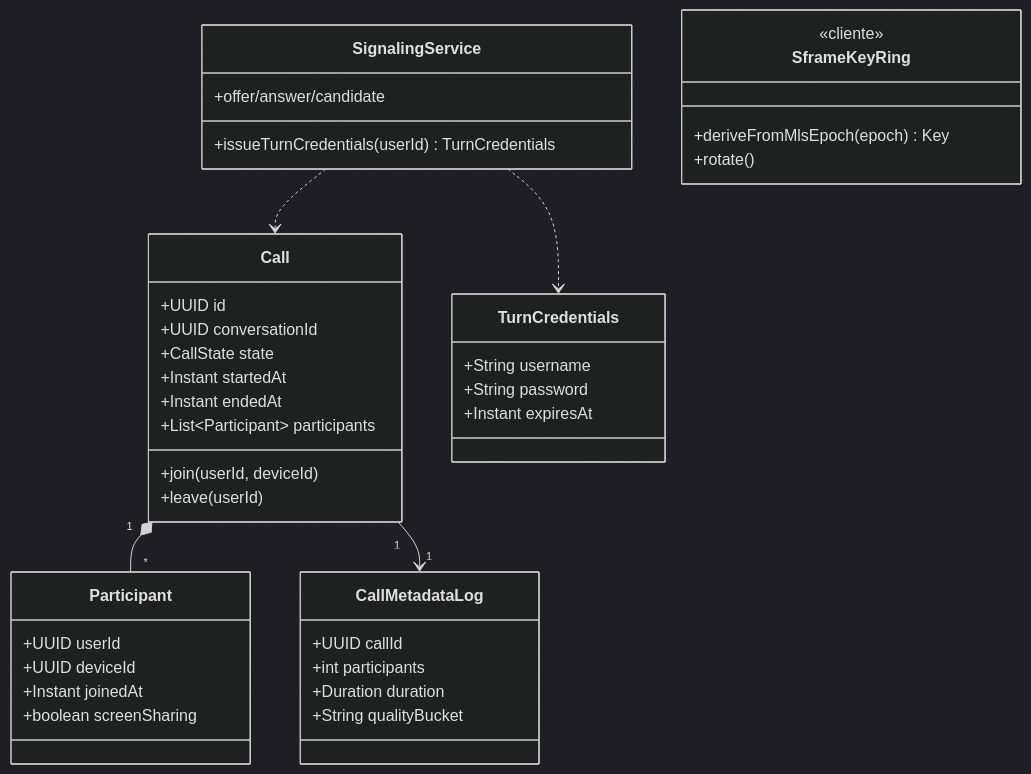
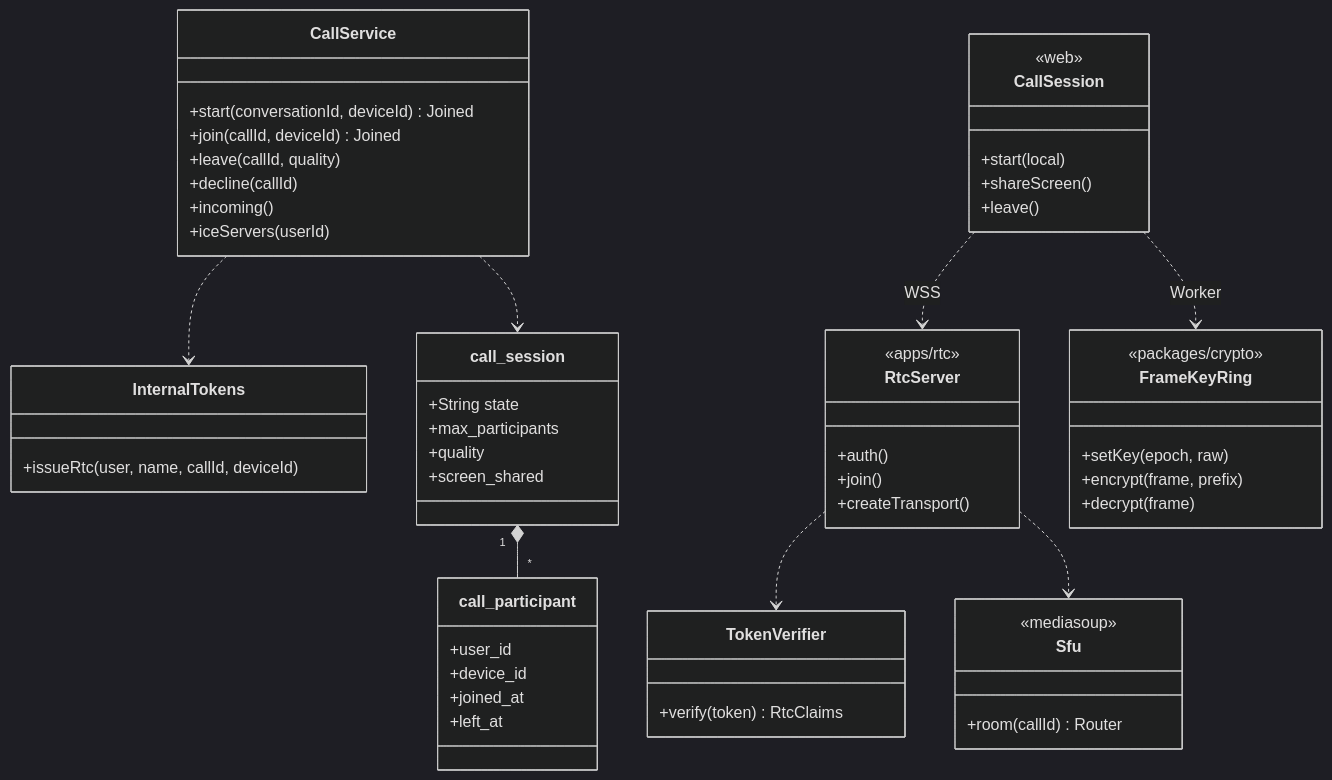
One commit to MatheusHaliski/doctor_explorer changed the second of 5 diagrams in docs/rf/RF07-video-e2ee.md. Above: the diagram before and after it, drawn with Mermaid (dark theme). The commit also changed other lines of this file and 40 other files, not shown here.

````diff
--- a/docs/rf/RF07-video-e2ee.md
+++ b/docs/rf/RF07-video-e2ee.md
@@ -53,43 +68,58 @@
 ```mermaid
 classDiagram
-    class Call {
-      +UUID id
-      +UUID conversationId
-      +CallState state
-      +Instant startedAt
-      +Instant endedAt
-      +List~Participant~ participants
-      +join(userId, deviceId)
-      +leave(userId)
+    class CallService {
+      +start(conversationId, deviceId) Joined
+      +join(callId, deviceId) Joined
+      +leave(callId, quality)
+      +decline(callId)
+      +incoming()
+      +iceServers(userId)
     }
-    class Participant {
-      +UUID userId
-      +UUID deviceId
-      +Instant joinedAt
-      +boolean screenSharing
+    class InternalTokens {
+      +issueRtc(user, name, callId, deviceId)
     }
-    class SignalingService {
-      +offer/answer/candidate
-      +issueTurnCredentials(userId) TurnCredentials
+    class call_session {
+      +String state
+      +max_participants
+      +quality
+      +screen_shared
     }
-    class TurnCredentials {
-      +String username
-      +String password
-      +Instant expiresAt
+    class call_participant {
+      +user_id
+      +device_id
+      +joined_at
+      +left_at
     }
-    class SframeKeyRing {
-      <<cliente>>
-      +deriveFromMlsEpoch(epoch) Key
-      +rotate()
+    class RtcServer {
+      <<apps/rtc>>
+      +auth()
+      +join()
+      +createTransport()
     }
-    class CallMetadataLog {
-      +UUID callId
-      +int participants
-      +Duration duration
-      +String qualityBucket
+    class TokenVerifier {
+      +verify(token) RtcClaims
     }
-    Call "1" *-- "*" Participant
-    SignalingService ..> Call
-    SignalingService ..> TurnCredentials
-    Call "1" --> "1" CallMetadataLog
+    class Sfu {
+      <<mediasoup>>
+      +room(callId) Router
+    }
+    class CallSession {
+      <<web>>
+      +start(local)
+      +shareScreen()
+      +leave()
+    }
+    class FrameKeyRing {
+      <<packages/crypto>>
+      +setKey(epoch, raw)
+      +encrypt(frame, prefix)
+      +decrypt(frame)
+    }
+    CallService ..> InternalTokens
+    CallService ..> call_session
+    call_session "1" *-- "*" call_participant
+    RtcServer ..> TokenVerifier
+    RtcServer ..> Sfu
+    CallSession ..> RtcServer : WSS
+    CallSession ..> FrameKeyRing : Worker
 ```
````
